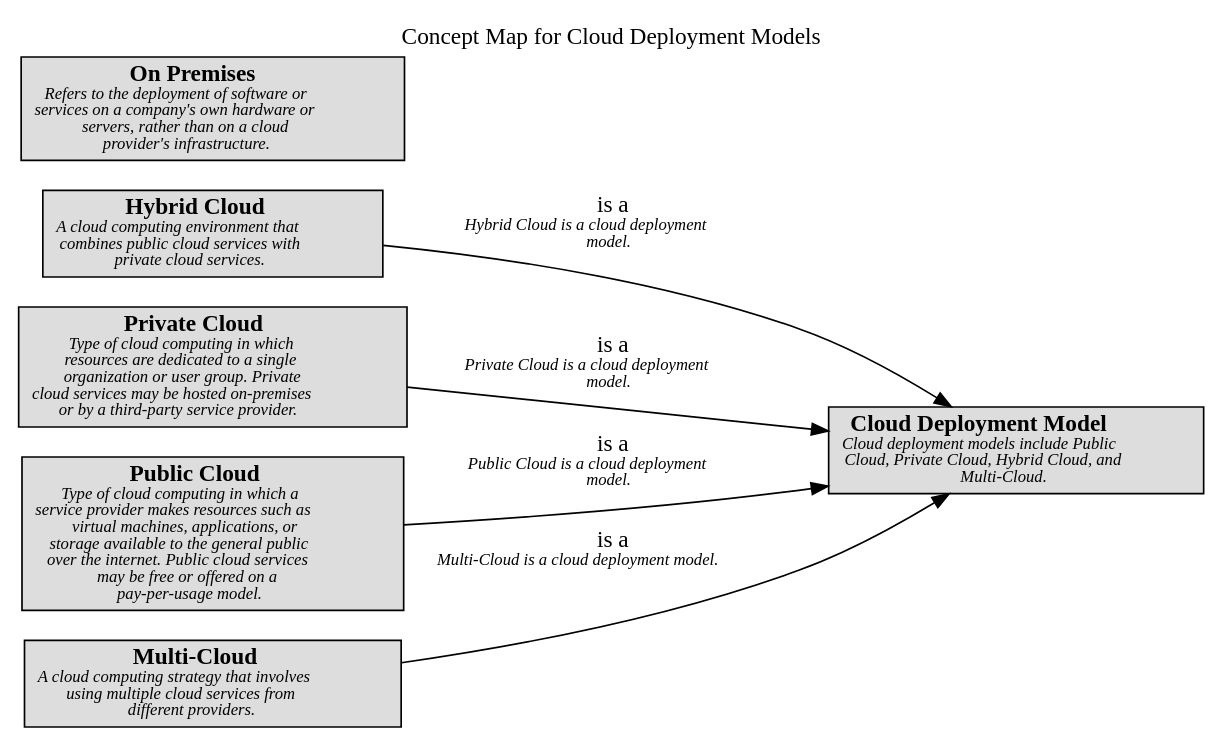
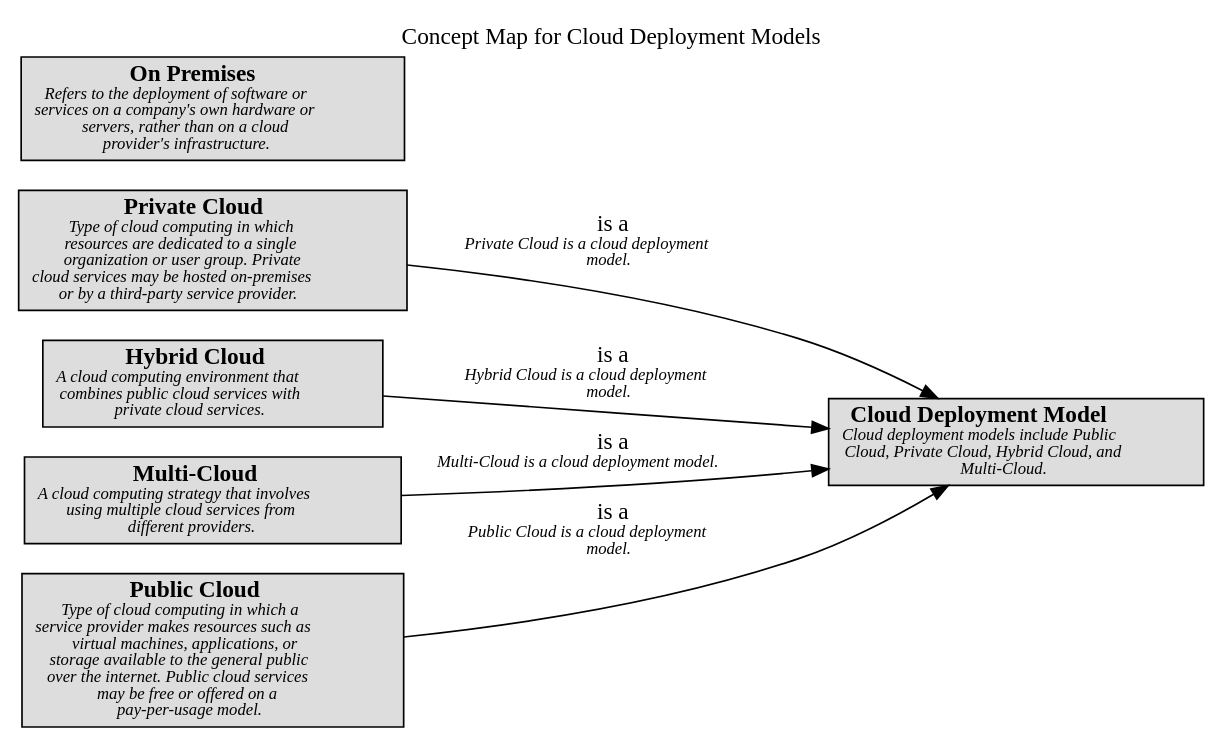
Before and after one commit to lsolbach/overarch-models: the diagram in docs/software-development/cloud/deployment-model/concept-view.dot, drawn with Graphviz. The commit also changed other lines of this file and 137 other files, not shown here.

```diff
--- a/docs/software-development/cloud/deployment-model/concept-view.dot
+++ b/docs/software-development/cloud/deployment-model/concept-view.dot
@@ -1,21 +1,21 @@
 digraph "Concept Map for Cloud Deployment Models" {
   labelloc= "t"
   label="Concept Map for Cloud Deployment Models"
   rankdir="LR"
 
   layout=dot
-software_development_cloud_deployment_model__hybrid_cloud [shape=box style=filled fillcolor="#dddddd" label=<<B>Hybrid Cloud</B><BR/><FONT POINT-SIZE="10"><I>A cloud computing environment that<BR/>combines public cloud services with<BR/>private cloud services. </I></FONT>>]
 software_development_cloud_deployment_model__private_cloud [shape=box style=filled fillcolor="#dddddd" label=<<B>Private Cloud</B><BR/><FONT POINT-SIZE="10"><I>Type of cloud computing in which<BR/>resources are dedicated to a single<BR/>organization or user group. Private<BR/>cloud services may be hosted on-premises<BR/>or by a third-party service provider. </I></FONT>>]
 software_development_cloud_deployment_model__on_premises [shape=box style=filled fillcolor="#dddddd" label=<<B>On Premises</B><BR/><FONT POINT-SIZE="10"><I>Refers to the deployment of software or<BR/>services on a company&apos;s own hardware or<BR/>servers, rather than on a cloud<BR/>provider&apos;s infrastructure. </I></FONT>>]
+software_development_cloud_deployment_model__hybrid_cloud [shape=box style=filled fillcolor="#dddddd" label=<<B>Hybrid Cloud</B><BR/><FONT POINT-SIZE="10"><I>A cloud computing environment that<BR/>combines public cloud services with<BR/>private cloud services. </I></FONT>>]
+software_development_cloud_deployment_model__multi_cloud [shape=box style=filled fillcolor="#dddddd" label=<<B>Multi-Cloud</B><BR/><FONT POINT-SIZE="10"><I>A cloud computing strategy that involves<BR/>using multiple cloud services from<BR/>different providers. </I></FONT>>]
+software_development_cloud__cloud_deployment_model [shape=box style=filled fillcolor="#dddddd" label=<<B>Cloud Deployment Model</B><BR/><FONT POINT-SIZE="10"><I>Cloud deployment models include Public<BR/>Cloud, Private Cloud, Hybrid Cloud, and<BR/>Multi-Cloud. </I></FONT>>]
 software_development_cloud_deployment_model__public_cloud [shape=box style=filled fillcolor="#dddddd" label=<<B>Public Cloud</B><BR/><FONT POINT-SIZE="10"><I>Type of cloud computing in which a<BR/>service provider makes resources such as<BR/>virtual machines, applications, or<BR/>storage available to the general public<BR/>over the internet. Public cloud services<BR/>may be free or offered on a<BR/>pay-per-usage model. </I></FONT>>]
-software_development_cloud__cloud_deployment_model [shape=box style=filled fillcolor="#dddddd" label=<<B>Cloud Deployment Model</B><BR/><FONT POINT-SIZE="10"><I>Cloud deployment models include Public<BR/>Cloud, Private Cloud, Hybrid Cloud, and<BR/>Multi-Cloud. </I></FONT>>]
-software_development_cloud_deployment_model__multi_cloud [shape=box style=filled fillcolor="#dddddd" label=<<B>Multi-Cloud</B><BR/><FONT POINT-SIZE="10"><I>A cloud computing strategy that involves<BR/>using multiple cloud services from<BR/>different providers. </I></FONT>>]
  
 software_development_cloud_deployment_model__hybrid_cloud -> software_development_cloud__cloud_deployment_model [label=<is a<BR/><FONT POINT-SIZE="10"><I>Hybrid Cloud is a cloud deployment<BR/>model. </I></FONT>>]
 software_development_cloud_deployment_model__private_cloud -> software_development_cloud__cloud_deployment_model [label=<is a<BR/><FONT POINT-SIZE="10"><I>Private Cloud is a cloud deployment<BR/>model. </I></FONT>>]
 software_development_cloud_deployment_model__multi_cloud -> software_development_cloud__cloud_deployment_model [label=<is a<BR/><FONT POINT-SIZE="10"><I>Multi-Cloud is a cloud deployment model. </I></FONT>>]
 software_development_cloud_deployment_model__public_cloud -> software_development_cloud__cloud_deployment_model [label=<is a<BR/><FONT POINT-SIZE="10"><I>Public Cloud is a cloud deployment<BR/>model. </I></FONT>>]
  
 }
 
 // (generated by Overarch with template views/view.dot.cmb)
```
